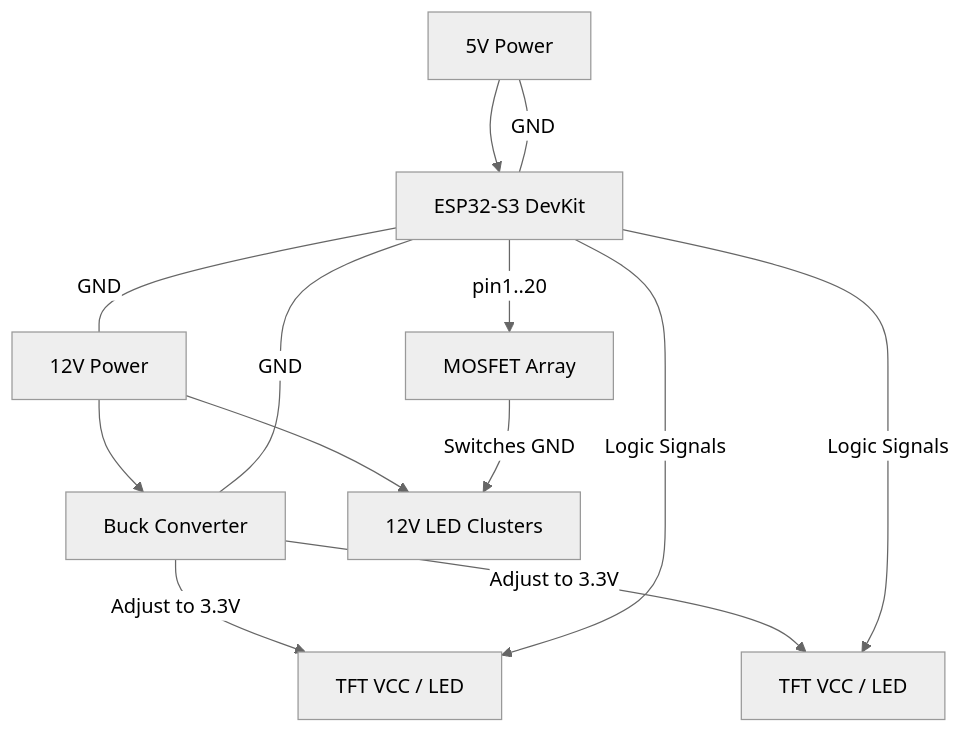
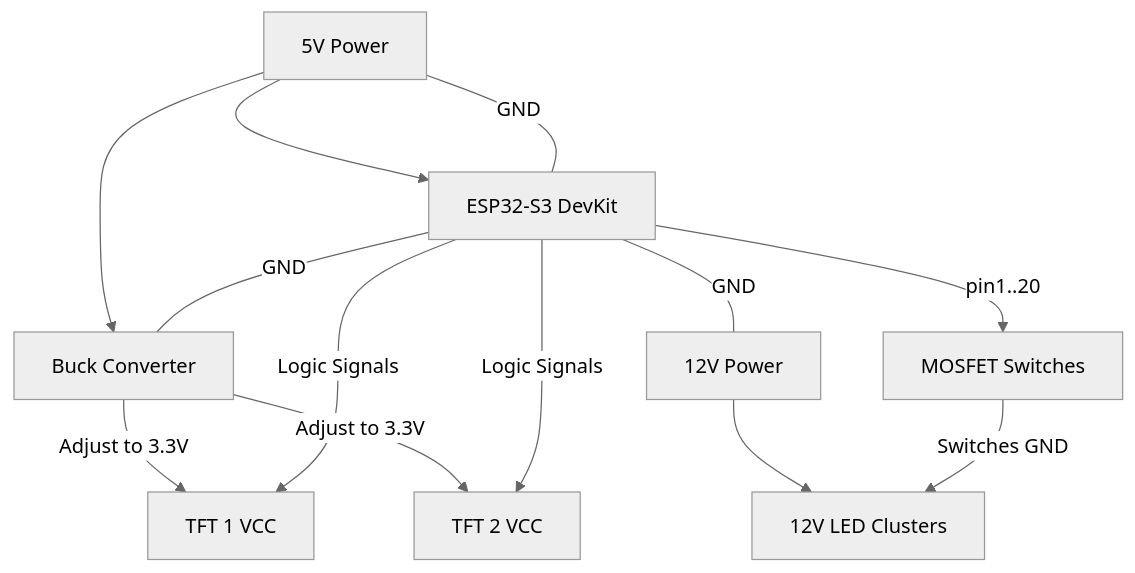
Before and after one commit to akashbiswas7074/krishi: the diagram in walkthrough.md, drawn with Mermaid (neutral theme). The commit also changed other lines of this file and 5 other files, not shown here.

````diff
--- a/walkthrough.md
+++ b/walkthrough.md
@@ -54,19 +56,19 @@
 ```mermaid
 graph TD
-    PS1[12V Power] --> Buck[Buck Converter]
-    PS1 --> LEDs[12V LED Clusters]
+    PS_12V[12V Power] --> LEDS[12V LED Clusters]
     
-    Buck -- "Adjust to 3.3V" --> Screen1[TFT VCC / LED]
-    Buck -- "Adjust to 3.3V" --> Screen2[TFT VCC / LED]
+    PS_5V[5V Power] --> ESP[ESP32-S3 DevKit]
+    PS_5V --> Buck[Buck Converter]
     
-    PS2[5V Power] --> ESP[ESP32-S3 DevKit]
+    Buck -- "Adjust to 3.3V" --> Screen1[TFT 1 VCC]
+    Buck -- "Adjust to 3.3V" --> Screen2[TFT 2 VCC]
     
     ESP -- Logic Signals --> Screen1
     ESP -- Logic Signals --> Screen2
-    ESP -- pin1..20 --> MOSFETs[MOSFET Array]
-    MOSFETs -- Switches GND --> LEDs
+    ESP -- pin1..20 --> MOSFETArray[MOSFET Switches]
+    MOSFETArray -- Switches GND --> LEDS
     
-    ESP -- GND --- PS1
-    ESP -- GND --- PS2
+    ESP -- GND --- PS_12V
+    ESP -- GND --- PS_5V
     ESP -- GND --- Buck
 ```
````
